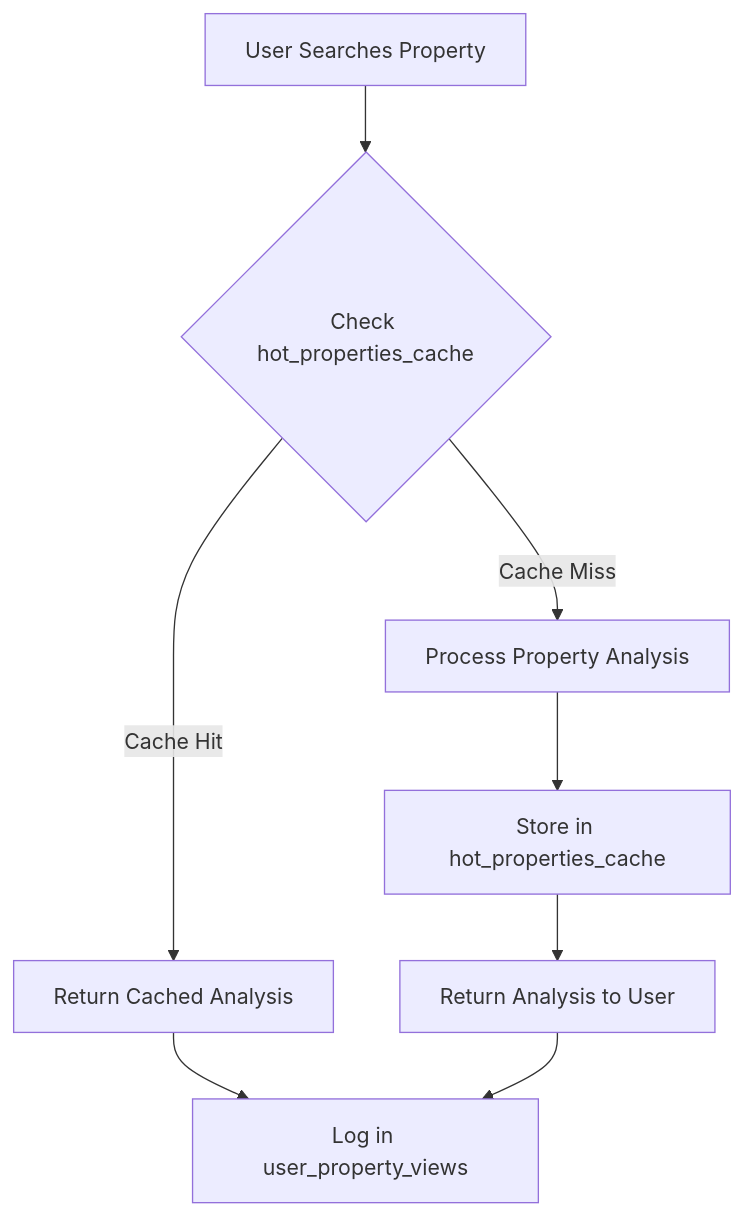
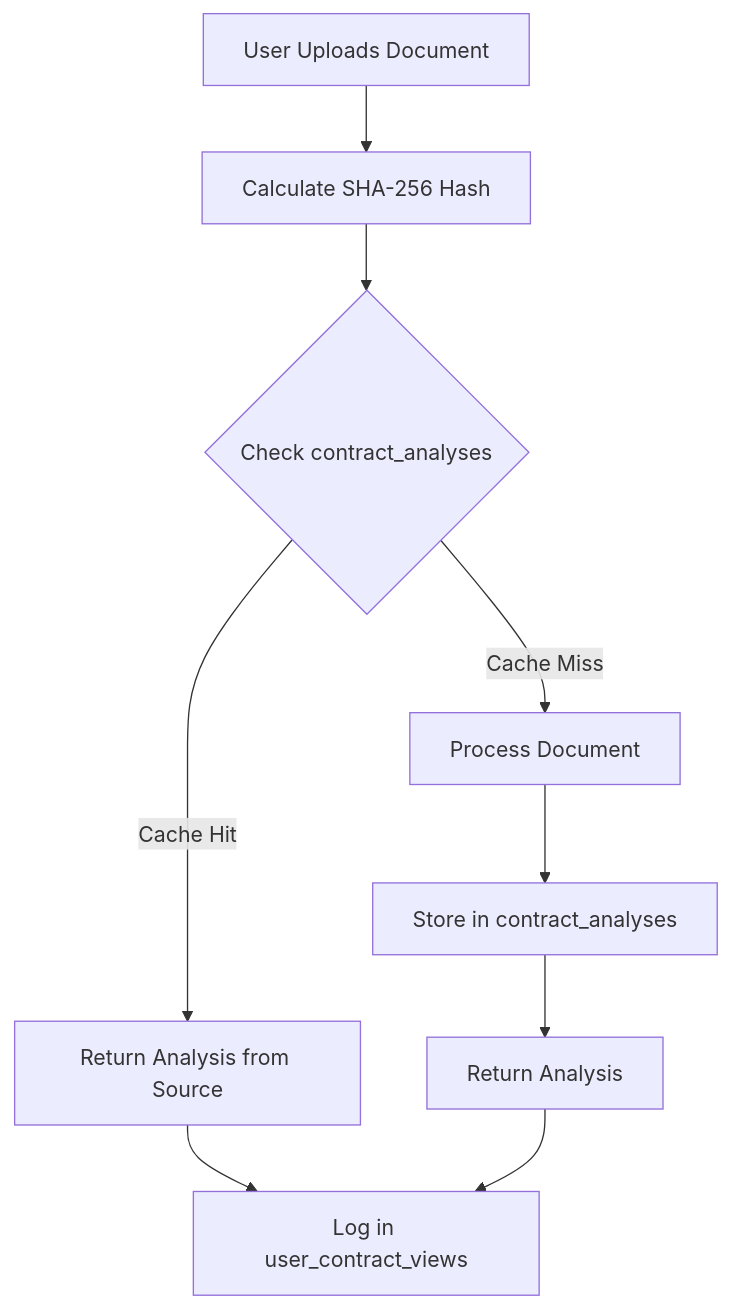
One commit to bohui/real2ai changed the diagram in docs/cache-architecture.md. Above: the diagram before and after it, drawn with Mermaid. The commit also changed other lines of this file and 4 other files, not shown here.

First line of the commit message:
refactor: remove cache tables in favor of direct source access

````diff
--- a/docs/cache-architecture.md
+++ b/docs/cache-architecture.md
@@ -197,10 +163,11 @@
 ```mermaid
 graph TD
-    A[User Searches Property] --> B{Check hot_properties_cache}
-    B -->|Cache Hit| C[Return Cached Analysis]
-    B -->|Cache Miss| D[Process Property Analysis]
-    D --> E[Store in hot_properties_cache]
-    E --> F[Return Analysis to User]
-    C --> G[Log in user_property_views]
-    F --> G
+    A[User Uploads Document] --> B[Calculate SHA-256 Hash]
+    B --> C{Check contract_analyses}
+    C -->|Cache Hit| D[Return Analysis from Source]
+    C -->|Cache Miss| E[Process Document]
+    E --> F[Store in contract_analyses]
+    F --> G[Return Analysis]
+    D --> H[Log in user_contract_views]
+    G --> H
 ```
````
